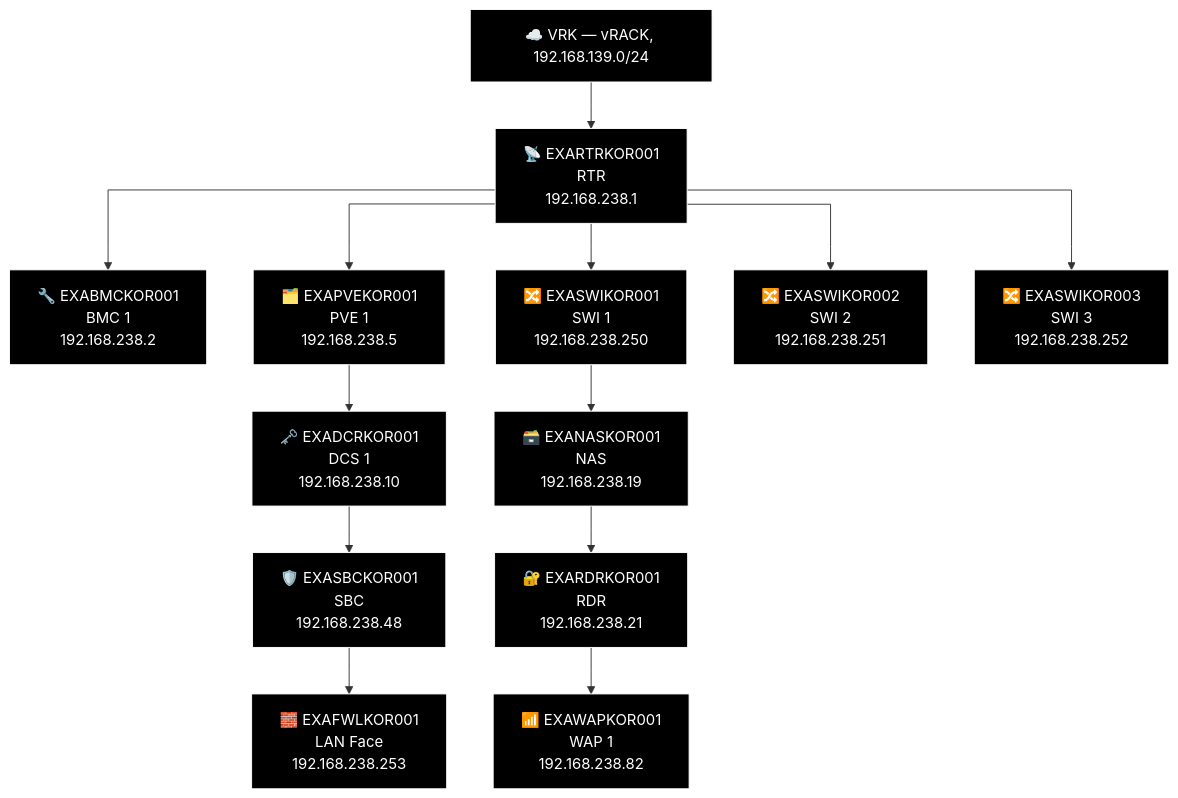
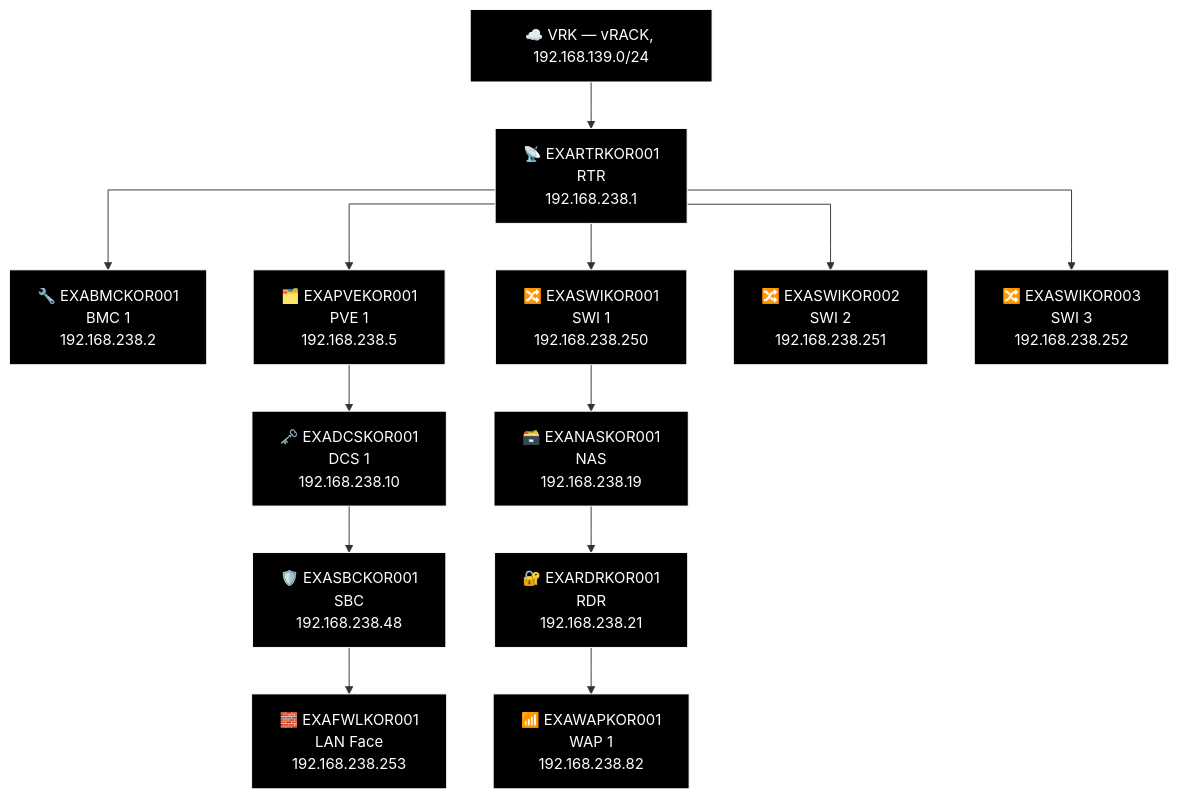
Before and after one commit to knightmare2600/example_music_infra: diagram 14 of 23 in docs/network-diagram/danmark.md, drawn with Mermaid. The commit also changed other lines of this file and 11 other files, not shown here.

````diff
--- a/docs/network-diagram/danmark.md
+++ b/docs/network-diagram/danmark.md
@@ -621,40 +621,40 @@
 ```mermaid
 %% GENERATED:TOPOLOGY:KOR:START
 %%{init: {'flowchart': {'curve': 'stepAfter'}}}%%
 graph TD
     T_VRK["☁️ VRK — vRACK, 192.168.139.0/24"]
     T_RTR["📡 EXARTRKOR001<br/>RTR<br/>192.168.238.1"]
     T_VRK --> T_RTR
     T_BMC["🔧 EXABMCKOR001<br/>BMC 1<br/>192.168.238.2"]
     T_RTR --> T_BMC
     T_PVE["🗂️ EXAPVEKOR001<br/>PVE 1<br/>192.168.238.5"]
     T_RTR --> T_PVE
     T_SWI["🔀 EXASWIKOR001<br/>SWI 1<br/>192.168.238.250"]
     T_RTR --> T_SWI
     T_SWI2["🔀 EXASWIKOR002<br/>SWI 2<br/>192.168.238.251"]
     T_RTR --> T_SWI2
     T_SWI3["🔀 EXASWIKOR003<br/>SWI 3<br/>192.168.238.252"]
     T_RTR --> T_SWI3
     T_NAS["🗃️ EXANASKOR001<br/>NAS<br/>192.168.238.19"]
     T_RDR["🔐 EXARDRKOR001<br/>RDR<br/>192.168.238.21"]
     T_WAP["📶 EXAWAPKOR001<br/>WAP 1<br/>192.168.238.82"]
     T_SWI --> T_NAS --> T_RDR --> T_WAP
-    T_DCS["🗝️ EXADCRKOR001<br/>DCS 1<br/>192.168.238.10"]
+    T_DCS["🗝️ EXADCSKOR001<br/>DCS 1<br/>192.168.238.10"]
     T_SBC["🛡️ EXASBCKOR001<br/>SBC<br/>192.168.238.48"]
     T_FWL["🧱 EXAFWLKOR001<br/>LAN Face<br/>192.168.238.253"]
     T_PVE --> T_DCS --> T_SBC --> T_FWL
     style T_VRK fill:#000000,stroke:#FFFFFF,color:#FFFFFF
     style T_RTR fill:#000000,stroke:#FFFFFF,color:#FFFFFF
     style T_BMC fill:#000000,stroke:#FFFFFF,color:#FFFFFF
     style T_PVE fill:#000000,stroke:#FFFFFF,color:#FFFFFF
     style T_SWI fill:#000000,stroke:#FFFFFF,color:#FFFFFF
     style T_SWI2 fill:#000000,stroke:#FFFFFF,color:#FFFFFF
     style T_SWI3 fill:#000000,stroke:#FFFFFF,color:#FFFFFF
     style T_NAS fill:#000000,stroke:#FFFFFF,color:#FFFFFF
     style T_RDR fill:#000000,stroke:#FFFFFF,color:#FFFFFF
     style T_WAP fill:#000000,stroke:#FFFFFF,color:#FFFFFF
     style T_DCS fill:#000000,stroke:#FFFFFF,color:#FFFFFF
     style T_SBC fill:#000000,stroke:#FFFFFF,color:#FFFFFF
     style T_FWL fill:#000000,stroke:#FFFFFF,color:#FFFFFF
 %% GENERATED:TOPOLOGY:KOR:END
 ```
````
